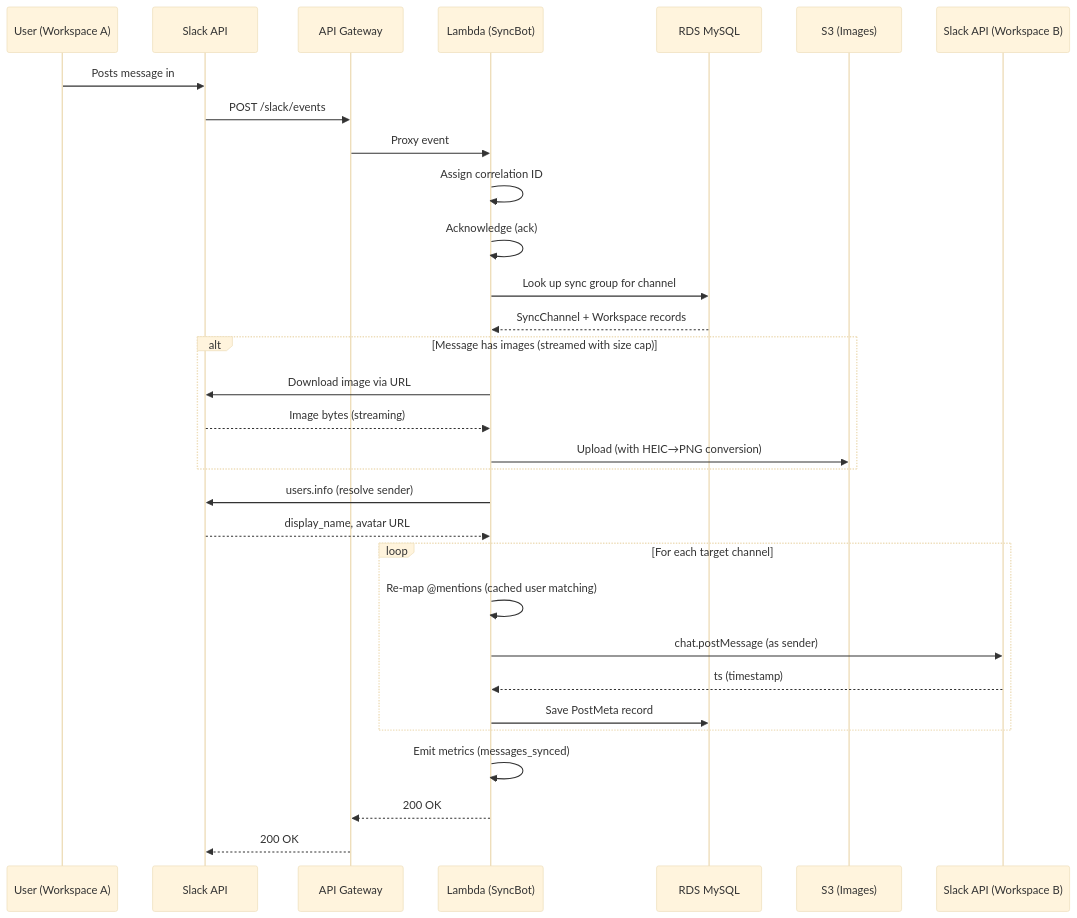
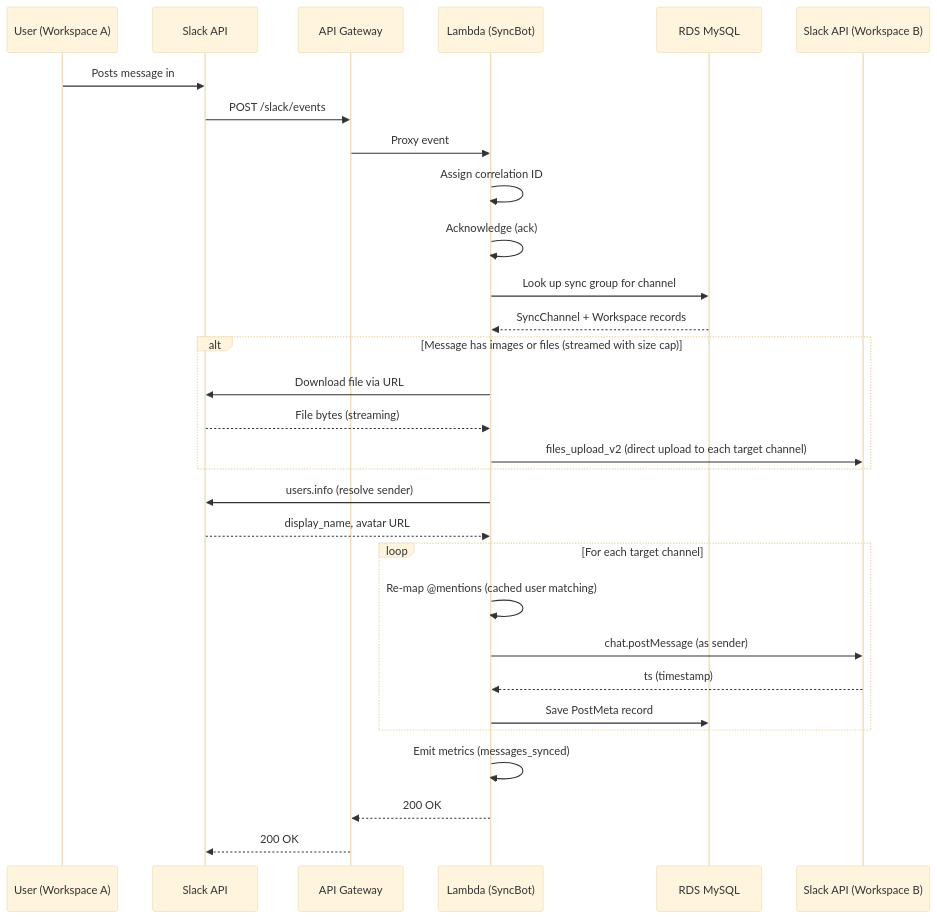
One commit to F3Nation-Community/syncbot changed the first of 2 diagrams in ARCHITECTURE.md. Above: the diagram before and after it, drawn with Mermaid (base theme). The commit also changed other lines of this file and 31 other files, not shown here.

First line of the commit message:
Removed S3 runtime dependency, improved verbiage and modal flows.

````diff
--- a/ARCHITECTURE.md
+++ b/ARCHITECTURE.md
@@ -22,38 +22,37 @@
 ```mermaid
 sequenceDiagram
     participant U as User (Workspace A)
     participant S as Slack API
     participant AG as API Gateway
     participant L as Lambda (SyncBot)
     participant DB as RDS MySQL
-    participant S3 as S3 (Images)
     participant SB as Slack API (Workspace B)
 
     U->>S: Posts message in #general
     S->>AG: POST /slack/events
     AG->>L: Proxy event
     L->>L: Assign correlation ID
     L->>L: Acknowledge (ack)
     L->>DB: Look up sync group for channel
     DB-->>L: SyncChannel + Workspace records
 
-    alt Message has images (streamed with size cap)
-        L->>S: Download image via URL
-        S-->>L: Image bytes (streaming)
-        L->>S3: Upload (with HEIC→PNG conversion)
+    alt Message has images or files (streamed with size cap)
+        L->>S: Download file via URL
+        S-->>L: File bytes (streaming)
+        L->>SB: files_upload_v2 (direct upload to each target channel)
     end
 
     L->>S: users.info (resolve sender)
     S-->>L: display_name, avatar URL
 
     loop For each target channel
         L->>L: Re-map @mentions (cached user matching)
         L->>SB: chat.postMessage (as sender)
         SB-->>L: ts (timestamp)
         L->>DB: Save PostMeta record
     end
 
     L->>L: Emit metrics (messages_synced)
     L-->>AG: 200 OK
     AG-->>S: 200 OK
 ```
````
